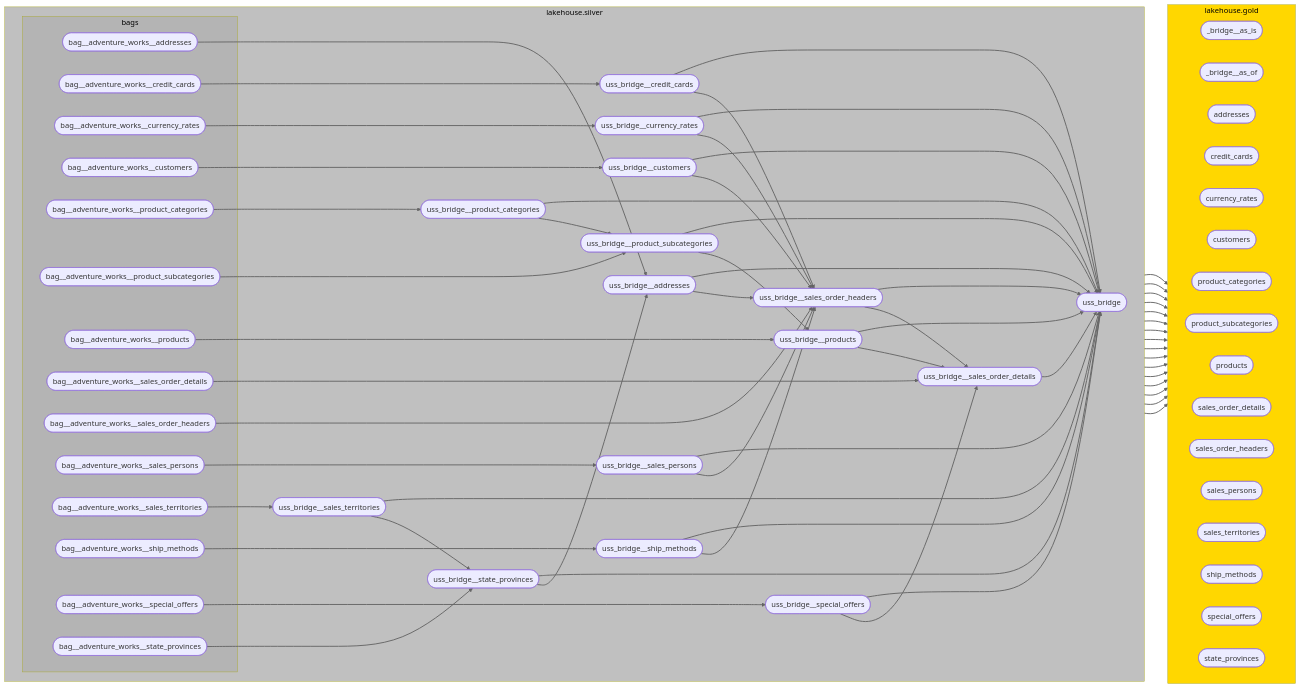
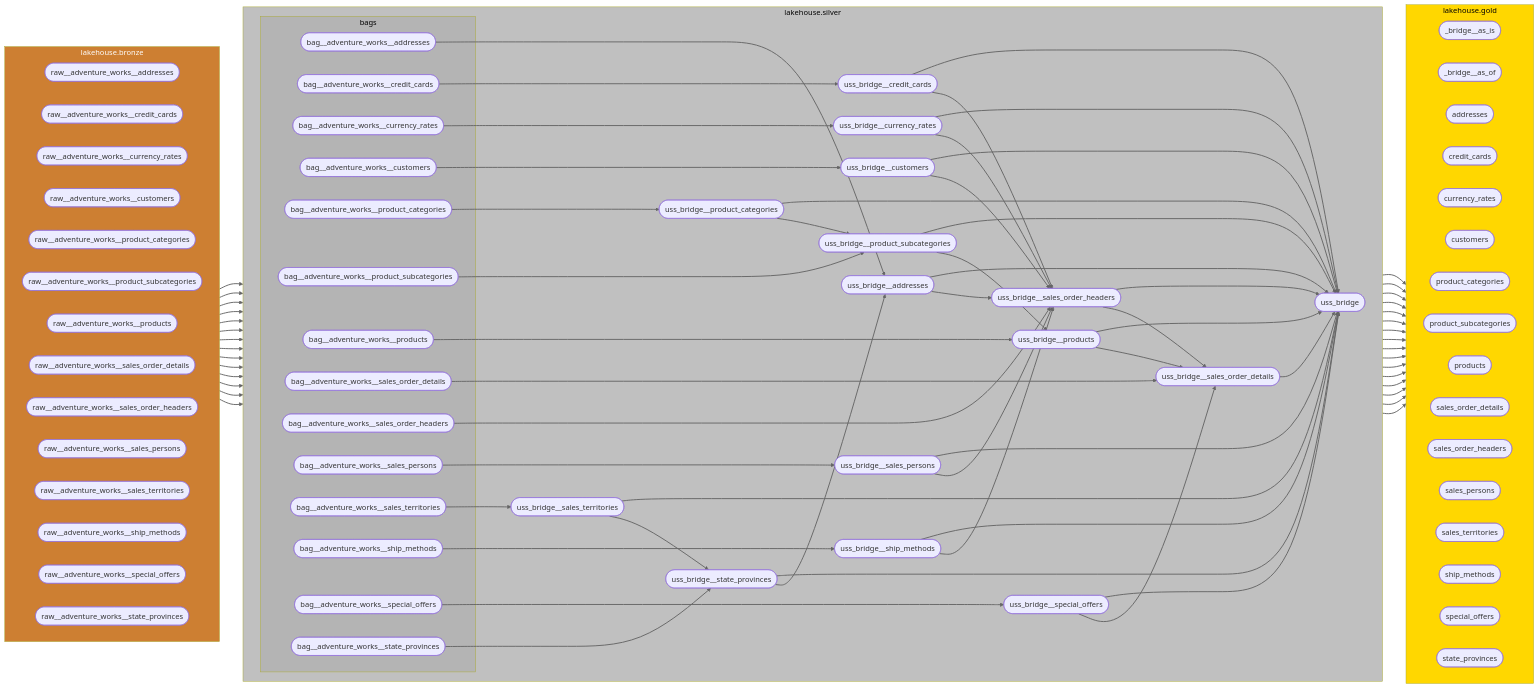
One commit to mattiasthalen/serverless-lakehouse changed the diagram in dag.mmd. Above: the diagram before and after it, drawn with Mermaid. The commit also changed 29 other files, not shown here.

```diff
--- a/dag.mmd
+++ b/dag.mmd
@@ -1,143 +1,179 @@
 flowchart LR
+    subgraph lakehouse.bronze["lakehouse.bronze"]
+        direction LR
+        raw__adventure_works__addresses(["raw__adventure_works__addresses"])
+        raw__adventure_works__credit_cards(["raw__adventure_works__credit_cards"])
+        raw__adventure_works__currency_rates(["raw__adventure_works__currency_rates"])
+        raw__adventure_works__customers(["raw__adventure_works__customers"])
+        raw__adventure_works__product_categories(["raw__adventure_works__product_categories"])
+        raw__adventure_works__product_subcategories(["raw__adventure_works__product_subcategories"])
+        raw__adventure_works__products(["raw__adventure_works__products"])
+        raw__adventure_works__sales_order_details(["raw__adventure_works__sales_order_details"])
+        raw__adventure_works__sales_order_headers(["raw__adventure_works__sales_order_headers"])
+        raw__adventure_works__sales_persons(["raw__adventure_works__sales_persons"])
+        raw__adventure_works__sales_territories(["raw__adventure_works__sales_territories"])
+        raw__adventure_works__ship_methods(["raw__adventure_works__ship_methods"])
+        raw__adventure_works__special_offers(["raw__adventure_works__special_offers"])
+        raw__adventure_works__state_provinces(["raw__adventure_works__state_provinces"])
+    end
+
     subgraph lakehouse.silver["lakehouse.silver"]
         direction LR
 
         subgraph bags
             bag__adventure_works__addresses(["bag__adventure_works__addresses"])
             bag__adventure_works__credit_cards(["bag__adventure_works__credit_cards"])
             bag__adventure_works__currency_rates(["bag__adventure_works__currency_rates"])
             bag__adventure_works__customers(["bag__adventure_works__customers"])
             bag__adventure_works__product_categories(["bag__adventure_works__product_categories"])
             bag__adventure_works__product_subcategories(["bag__adventure_works__product_subcategories"])
             bag__adventure_works__products(["bag__adventure_works__products"])
             bag__adventure_works__sales_order_details(["bag__adventure_works__sales_order_details"])
             bag__adventure_works__sales_order_headers(["bag__adventure_works__sales_order_headers"])
             bag__adventure_works__sales_persons(["bag__adventure_works__sales_persons"])
             bag__adventure_works__sales_territories(["bag__adventure_works__sales_territories"])
             bag__adventure_works__ship_methods(["bag__adventure_works__ship_methods"])
             bag__adventure_works__special_offers(["bag__adventure_works__special_offers"])
             bag__adventure_works__state_provinces(["bag__adventure_works__state_provinces"])
         end
         
         uss_bridge(["uss_bridge"])
         uss_bridge__addresses(["uss_bridge__addresses"])
         uss_bridge__credit_cards(["uss_bridge__credit_cards"])
         uss_bridge__currency_rates(["uss_bridge__currency_rates"])
         uss_bridge__customers(["uss_bridge__customers"])
         uss_bridge__product_categories(["uss_bridge__product_categories"])
         uss_bridge__product_subcategories(["uss_bridge__product_subcategories"])
         uss_bridge__products(["uss_bridge__products"])
         uss_bridge__sales_order_details(["uss_bridge__sales_order_details"])
         uss_bridge__sales_order_headers(["uss_bridge__sales_order_headers"])
         uss_bridge__sales_persons(["uss_bridge__sales_persons"])
         uss_bridge__sales_territories(["uss_bridge__sales_territories"])
         uss_bridge__ship_methods(["uss_bridge__ship_methods"])
         uss_bridge__special_offers(["uss_bridge__special_offers"])
         uss_bridge__state_provinces(["uss_bridge__state_provinces"])
     end
 
     subgraph lakehouse.gold["lakehouse.gold"]
         direction LR
         _bridge__as_is(["_bridge__as_is"])
         _bridge__as_of(["_bridge__as_of"])
         addresses(["addresses"])
         credit_cards(["credit_cards"])
         currency_rates(["currency_rates"])
         customers(["customers"])
         product_categories(["product_categories"])
         product_subcategories(["product_subcategories"])
         products(["products"])
         sales_order_details(["sales_order_details"])
         sales_order_headers(["sales_order_headers"])
         sales_persons(["sales_persons"])
         sales_territories(["sales_territories"])
         ship_methods(["ship_methods"])
         special_offers(["special_offers"])
         state_provinces(["state_provinces"])
     end
+
+    %% lakehouse.bronze -> lakehouse.silver
+    raw__adventure_works__addresses --> bag__adventure_works__addresses
+    raw__adventure_works__credit_cards --> bag__adventure_works__credit_cards
+    raw__adventure_works__currency_rates --> bag__adventure_works__currency_rates
+    raw__adventure_works__customers --> bag__adventure_works__customers
+    raw__adventure_works__product_categories --> bag__adventure_works__product_categories
+    raw__adventure_works__product_subcategories --> bag__adventure_works__product_subcategories
+    raw__adventure_works__products --> bag__adventure_works__products
+    raw__adventure_works__sales_order_details --> bag__adventure_works__sales_order_details
+    raw__adventure_works__sales_order_headers --> bag__adventure_works__sales_order_headers
+    raw__adventure_works__sales_persons --> bag__adventure_works__sales_persons
+    raw__adventure_works__sales_territories --> bag__adventure_works__sales_territories
+    raw__adventure_works__ship_methods --> bag__adventure_works__ship_methods
+    raw__adventure_works__special_offers --> bag__adventure_works__special_offers
+    raw__adventure_works__state_provinces --> bag__adventure_works__state_provinces
 
     %% lakehouse.silver -> lakehouse.silver
     bag__adventure_works__addresses --> uss_bridge__addresses
     bag__adventure_works__credit_cards --> uss_bridge__credit_cards
     bag__adventure_works__currency_rates --> uss_bridge__currency_rates
     bag__adventure_works__customers --> uss_bridge__customers
     bag__adventure_works__product_categories --> uss_bridge__product_categories
     bag__adventure_works__product_subcategories --> uss_bridge__product_subcategories
     bag__adventure_works__products --> uss_bridge__products
     bag__adventure_works__sales_order_details --> uss_bridge__sales_order_details
     bag__adventure_works__sales_order_headers --> uss_bridge__sales_order_headers
     bag__adventure_works__sales_persons --> uss_bridge__sales_persons
     bag__adventure_works__sales_territories --> uss_bridge__sales_territories
     bag__adventure_works__ship_methods --> uss_bridge__ship_methods
     bag__adventure_works__special_offers --> uss_bridge__special_offers
     bag__adventure_works__state_provinces --> uss_bridge__state_provinces
     uss_bridge__addresses --> uss_bridge
     uss_bridge__addresses --> uss_bridge__sales_order_headers
     uss_bridge__credit_cards --> uss_bridge
     uss_bridge__credit_cards --> uss_bridge__sales_order_headers
     uss_bridge__currency_rates --> uss_bridge
     uss_bridge__currency_rates --> uss_bridge__sales_order_headers
     uss_bridge__customers --> uss_bridge
     uss_bridge__customers --> uss_bridge__sales_order_headers
     uss_bridge__product_categories --> uss_bridge
     uss_bridge__product_categories --> uss_bridge__product_subcategories
     uss_bridge__product_subcategories --> uss_bridge
     uss_bridge__product_subcategories --> uss_bridge__products
     uss_bridge__products --> uss_bridge
     uss_bridge__products --> uss_bridge__sales_order_details
     uss_bridge__sales_order_details --> uss_bridge
     uss_bridge__sales_order_headers --> uss_bridge
     uss_bridge__sales_order_headers --> uss_bridge__sales_order_details
     uss_bridge__sales_persons --> uss_bridge
     uss_bridge__sales_persons --> uss_bridge__sales_order_headers
     uss_bridge__sales_territories --> uss_bridge
     uss_bridge__sales_territories --> uss_bridge__state_provinces
     uss_bridge__ship_methods --> uss_bridge
     uss_bridge__ship_methods --> uss_bridge__sales_order_headers
     uss_bridge__special_offers --> uss_bridge
     uss_bridge__special_offers --> uss_bridge__sales_order_details
     uss_bridge__state_provinces --> uss_bridge
     uss_bridge__state_provinces --> uss_bridge__addresses
 
     %% lakehouse.silver -> lakehouse.gold
     bag__adventure_works__addresses --> addresses
     bag__adventure_works__credit_cards --> credit_cards
     bag__adventure_works__currency_rates --> currency_rates
     bag__adventure_works__customers --> customers
     bag__adventure_works__product_categories --> product_categories
     bag__adventure_works__product_subcategories --> product_subcategories
     bag__adventure_works__products --> products
     bag__adventure_works__sales_order_details --> sales_order_details
     bag__adventure_works__sales_order_headers --> sales_order_headers
     bag__adventure_works__sales_persons --> sales_persons
     bag__adventure_works__sales_territories --> sales_territories
     bag__adventure_works__ship_methods --> ship_methods
     bag__adventure_works__special_offers --> special_offers
     bag__adventure_works__state_provinces --> state_provinces
     uss_bridge --> _bridge__as_is
     uss_bridge --> _bridge__as_of
 
     linkStyle default stroke:#666,stroke-width:2px
 
     %% Bronze shades
     classDef bronze_classic fill:#CD7F32,color:white
     classDef bronze_dark fill:#B87333,color:white
     classDef bronze_light fill:#E09756,color:white
     classDef bronze_antique fill:#966B47,color:white
     
     %% Silver shades
     classDef silver_classic fill:#C0C0C0,color:black
     classDef silver_dark fill:#A8A8A8,color:black
     classDef silver_light fill:#D8D8D8,color:black
     classDef silver_antique fill:#B4B4B4,color:black
     
     %% Gold shades
     classDef gold_classic fill:#FFD700,color:black
     classDef gold_dark fill:#DAA520,color:black
     classDef gold_light fill:#FFE55C,color:black
     classDef gold_antique fill:#CFB53B,color:black
 
+    class lakehouse.bronze bronze_classic
+
     class lakehouse.silver silver_classic
     class bags silver_antique
 
     class lakehouse.gold gold_classic
```
